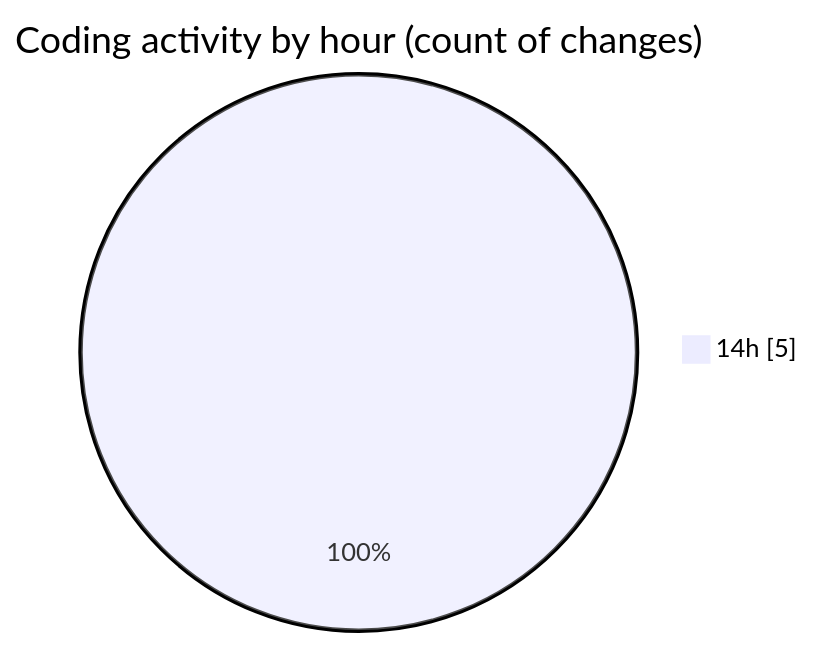
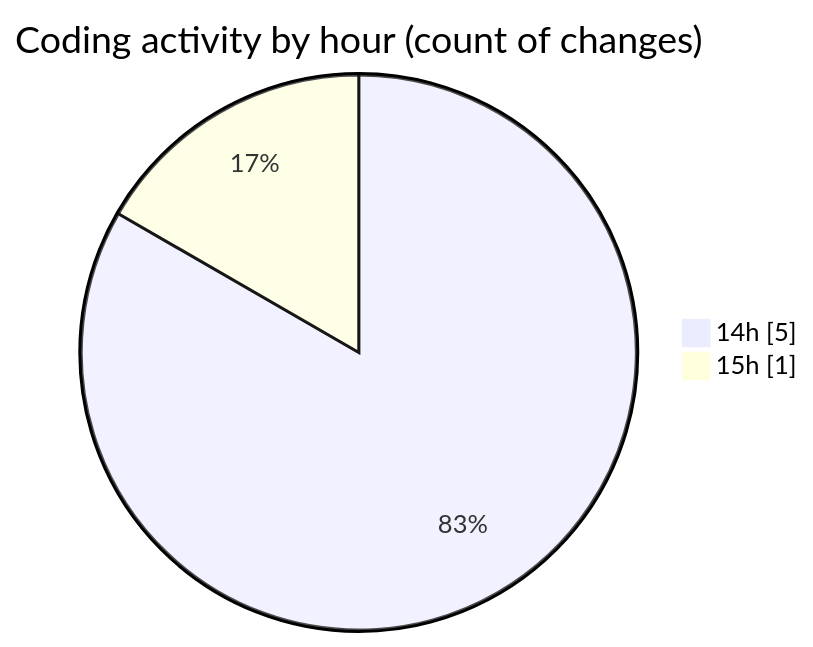
The second of 2 diagrams in 2026-04-23/darkwire/README.md (tmsrecording-cyber/code-tracking), drawn with Mermaid before and after one commit. The commit also changed other lines of this file and 1 other file, not shown here.

````diff
--- a/2026-04-23/darkwire/README.md
+++ b/2026-04-23/darkwire/README.md
@@ -32,5 +32,6 @@
 ```mermaid
 pie showData
 title Coding activity by hour (count of changes)
 "14h" : 5
+"15h" : 1
 ```
````
